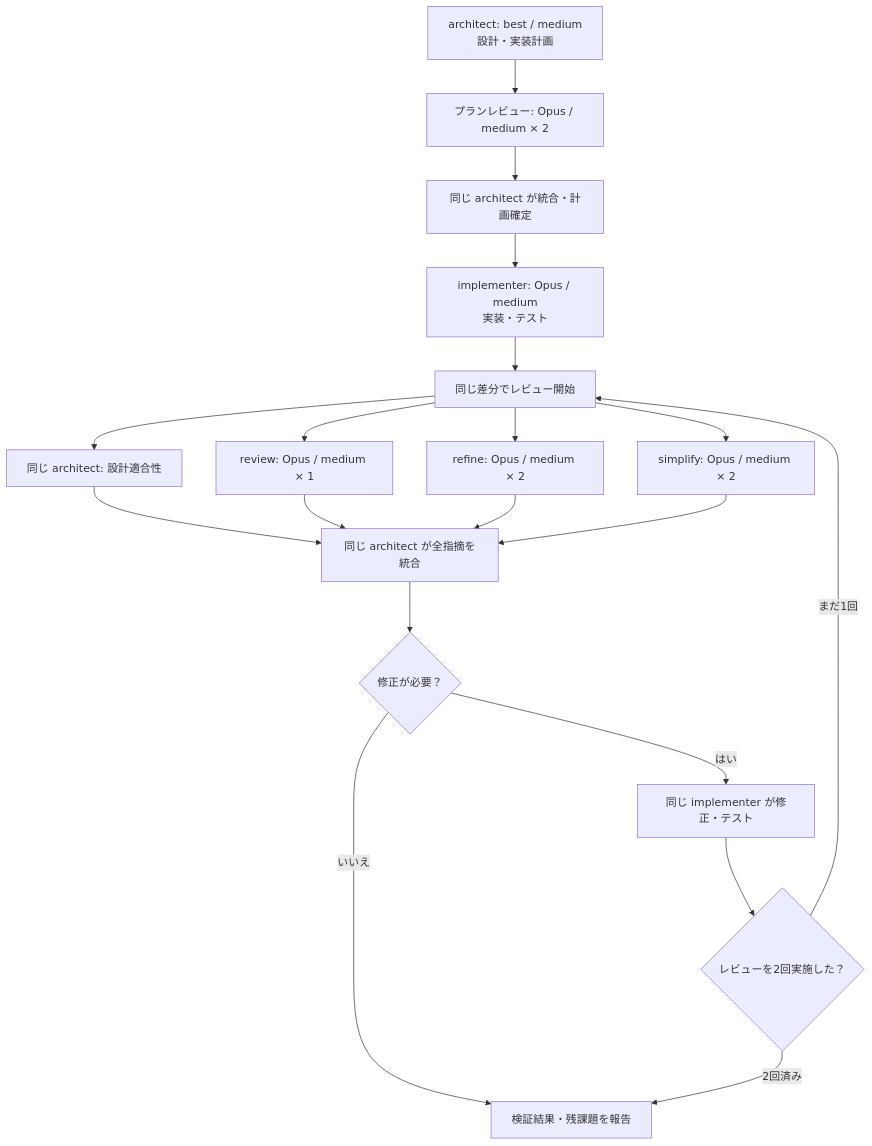
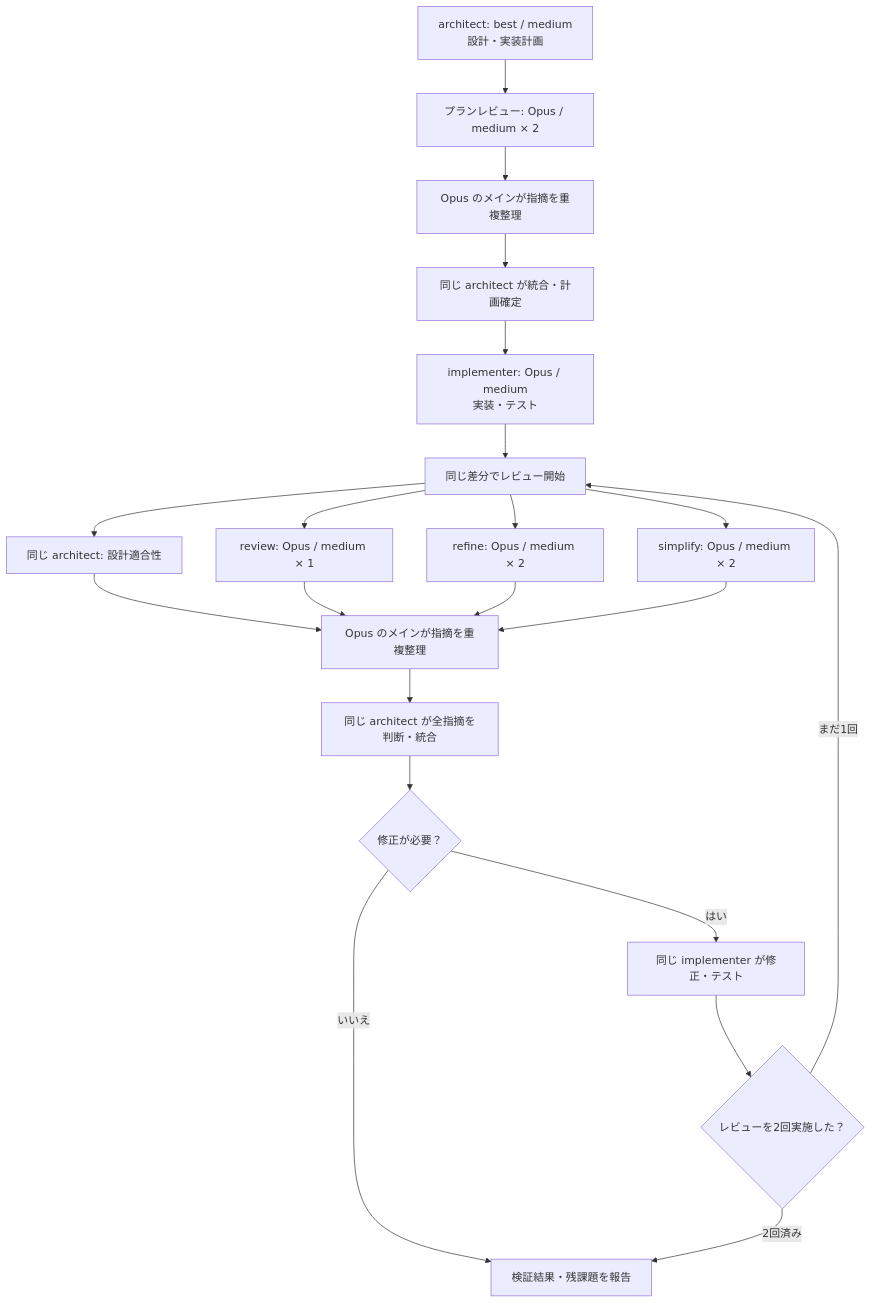
One commit to sh1n4ps/shinaps-skills changed the diagram in README.md. Above: the diagram before and after it, drawn with Mermaid. The commit also changed other lines of this file and 6 other files, not shown here.

Commit message:
Deduplicate review findings before architect decisions

````diff
--- a/README.md
+++ b/README.md
@@ -179,21 +179,23 @@
 ```mermaid
 flowchart TD
     A["architect: best / medium<br/>設計・実装計画"] --> B["プランレビュー: Opus / medium × 2"]
-    B --> C["同じ architect が統合・計画確定"]
+    B --> P["Opus のメインが指摘を重複整理"]
+    P --> C["同じ architect が統合・計画確定"]
     C --> D["implementer: Opus / medium<br/>実装・テスト"]
     D --> E["同じ差分でレビュー開始"]
     E --> F["同じ architect: 設計適合性"]
     E --> G["review: Opus / medium × 1"]
     E --> H["refine: Opus / medium × 2"]
     E --> I["simplify: Opus / medium × 2"]
-    F --> J["同じ architect が全指摘を統合"]
-    G --> J
-    H --> J
-    I --> J
+    F --> O["Opus のメインが指摘を重複整理"]
+    G --> O
+    H --> O
+    I --> O
+    O --> J["同じ architect が全指摘を判断・統合"]
     J --> K{"修正が必要？"}
     K -- いいえ --> N["検証結果・残課題を報告"]
     K -- はい --> L["同じ implementer が修正・テスト"]
     L --> M{"レビューを2回実施した？"}
     M -- まだ1回 --> E
     M -- 2回済み --> N
 ```
````
